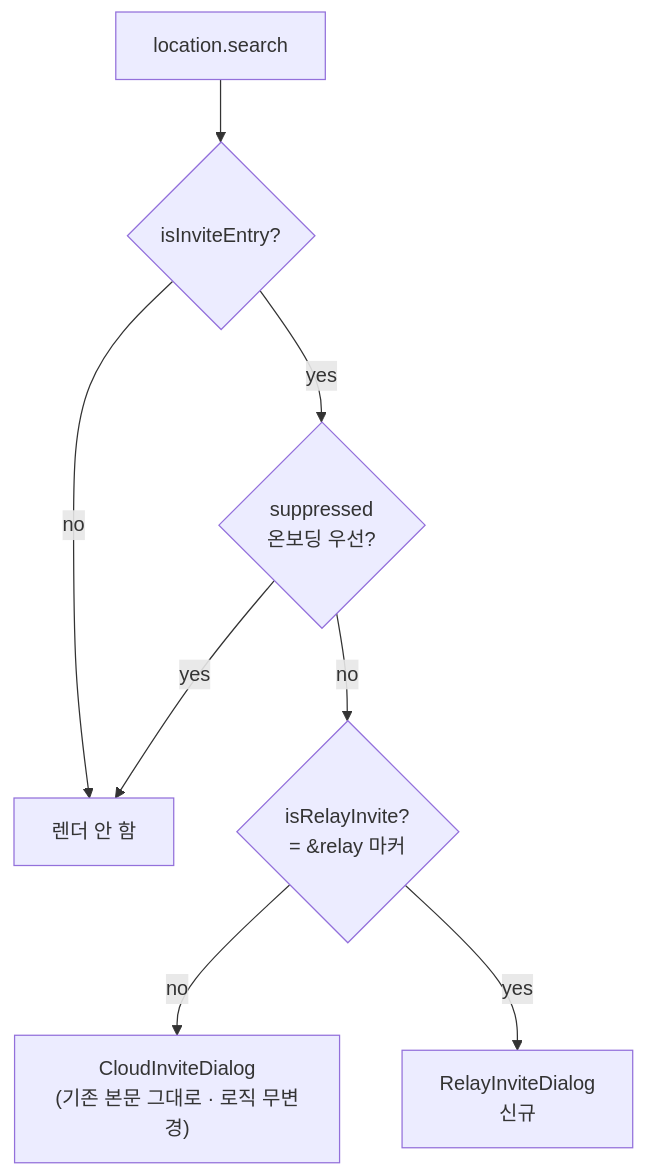
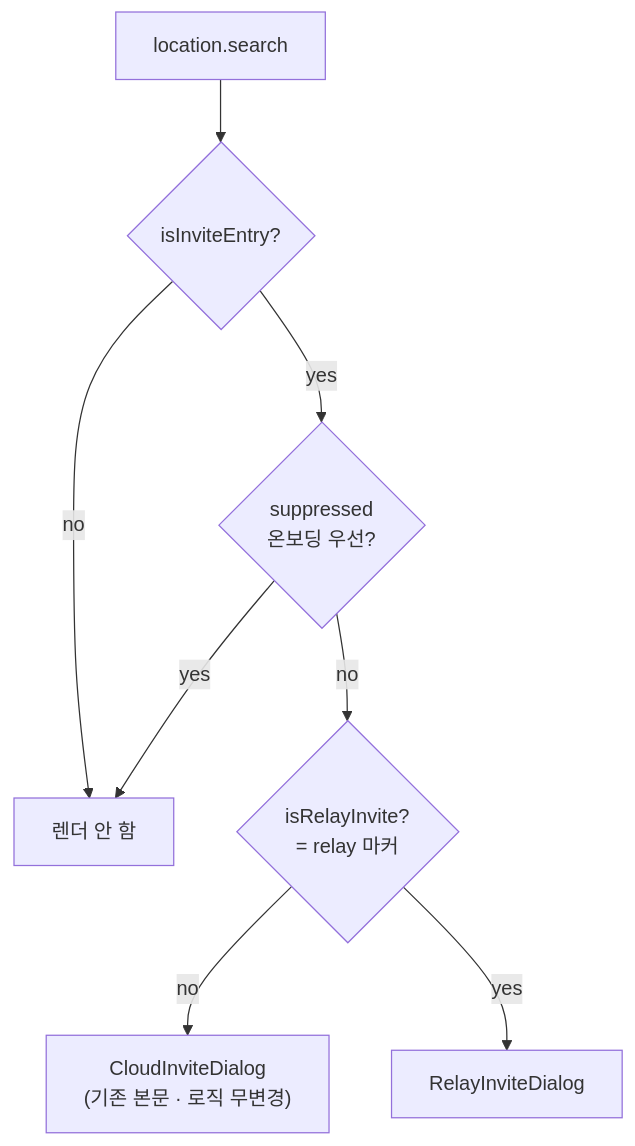
Before and after one commit to lemoncloud-io/dou-app: the first of 4 diagrams in apps/web/docs/feature/invite/relay-invite-accept.md, drawn with Mermaid. The commit also changed other lines of this file, not shown here.

First line of the commit message:
docs(web/invite): mark the relay invite accept spec live

````diff
--- a/apps/web/docs/feature/invite/relay-invite-accept.md
+++ b/apps/web/docs/feature/invite/relay-invite-accept.md
@@ -136,10 +139,10 @@
 ```mermaid
 flowchart TD
     URL[location.search] --> R{isInviteEntry?}
     R -- no --> NULL[렌더 안 함]
     R -- yes --> S{suppressed<br/>온보딩 우선?}
     S -- yes --> NULL
-    S -- no --> RE{isRelayInvite?<br/>= &relay 마커}
-    RE -- no --> CLOUD["CloudInviteDialog<br/>(기존 본문 그대로 · 로직 무변경)"]
-    RE -- yes --> RELAY[RelayInviteDialog<br/>신규]
+    S -- no --> RE{isRelayInvite?<br/>= relay 마커}
+    RE -- no --> CLOUD["CloudInviteDialog<br/>(기존 본문 · 로직 무변경)"]
+    RE -- yes --> RELAY[RelayInviteDialog]
 ```
````
